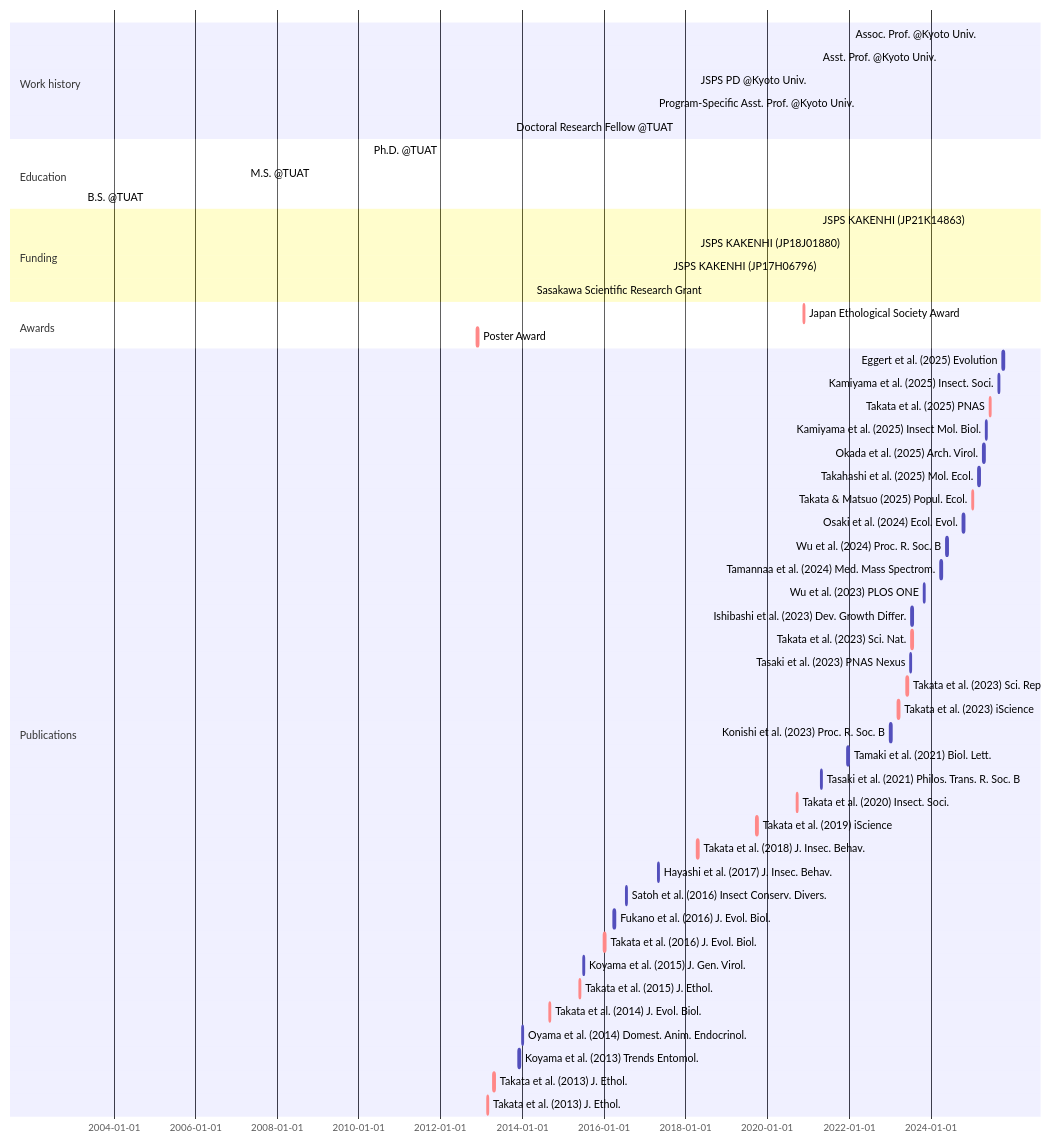
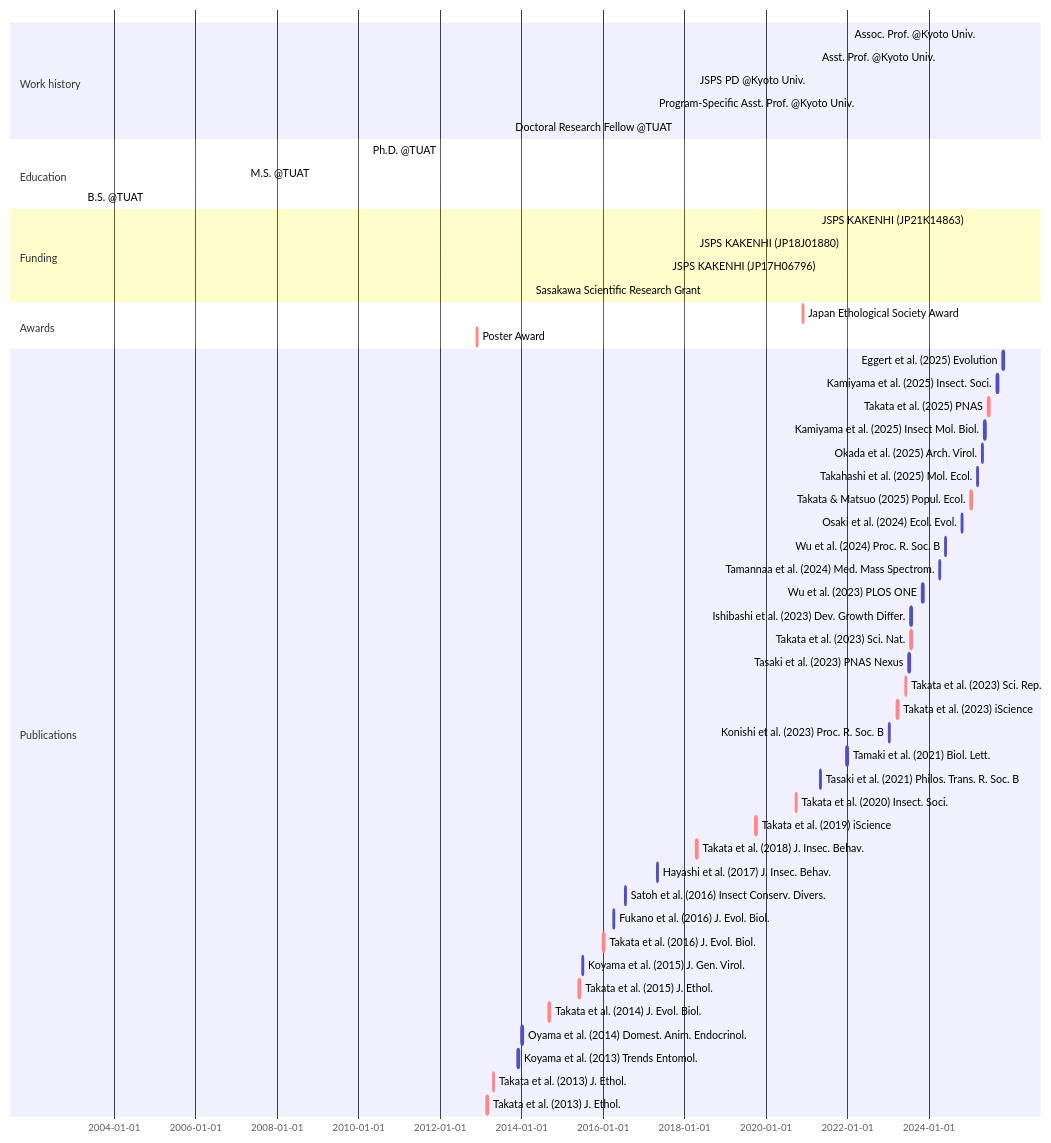
One commit to MamoruTakata/MamoruTakata.github.io changed the diagram in _includes/mermaid-cv.md. Above: the diagram before and after it, drawn with Mermaid.

````diff
--- a/_includes/mermaid-cv.md
+++ b/_includes/mermaid-cv.md
@@ -1,59 +1,59 @@
 ```mermaid
 gantt
 section Work history
   Assoc. Prof. @Kyoto Univ.                     : active, Assoc. Prof., 2025-04-01, 2030-03-31
   Asst. Prof. @Kyoto Univ.                      : active, Asst. Prof., 2021-04-01, 2025-03-31
   JSPS PD @Kyoto Univ.                          : active, PD, 2018-04-01, 2021-03-31
   Program-Specific Asst. Prof. @Kyoto Univ.     : active, Program-Specific Asst. Prof., 2017-04-01, 2018-03-31
   Doctoral Research Fellow @TUAT                : active, Program-Specific Asst. Prof., 2013-10-01, 2017-03-31
 
 section Education
   Ph.D. @TUAT    : Ph.D., 2010-04-01, 2013-09-18
   M.S. @TUAT     : M.S., 2007-04-01, 2010-03-31
   B.S. @TUAT     : B.S., 2003-04-01, 2007-03-31
 
 section Funding
   JSPS KAKENHI (JP21K14863)                     : active, grant_young, 2021-04-01, 2026-03-31
   JSPS KAKENHI (JP18J01880)                     : active, grant_PD, 2018-04-01, 2021-03-31
   JSPS KAKENHI (JP17H06796)                     : active, grant_start, 2017-08-01, 2018-03-31
   Sasakawa Scientific Research Grant            : active, grant_Sasagawa, 2014-04-01, 2015-03-31
 
 section Awards
   Japan Ethological Society Award               : crit, aw_2, 2020-11-21, 2w
   Poster Award                                  : crit, aw_1, 2012-11-24, 2w
 
 section Publications
-  Eggert et al. (2025) Evolution                :       Eggert et al. 2025, 2025-10-10, 2w
+  Eggert et al. (2025) Evolution                :       Eggert et al. 2025, 2025-10-23, 2w
   Kamiyama et al. (2025) Insect. Soci.          :       Kamiyama et al. 2025, 2025-08-31, 2w
   Takata et al. (2025) PNAS                     : crit, Takata et al. 2025, 2025-06-13, 2w
   Kamiyama et al. (2025) Insect Mol. Biol.      :       Kamiyama et al. 2025, 2025-05-11, 2w
   Okada et al. (2025) Arch. Virol.              :       Okada et al. 2025, 2025-04-16, 2w
   Takahashi et al. (2025) Mol. Ecol.            :       Takahashi et al. 2025, 2025-03-04, 2w
   Takata & Matsuo (2025) Popul. Ecol.           : crit, Takata & Matsuo 2025, 2025-01-07, 2w
   Osaki et al. (2024) Ecol. Evol.               :       Osaki et al. 2024, 2024-10-17, 2w
   Wu et al. (2024) Proc. R. Soc. B              :       Wu et al. 2024, 2024-05-22, 2w
   Tamannaa et al. (2024) Med. Mass Spectrom.    :       Tamannaa et al. 2024, 2024-04-01, 2w
   Wu et al. (2023) PLOS ONE                     :       Wu et al. 2023, 2023-11-02, 2w
   Ishibashi et al. (2023) Dev. Growth Differ.   :       Ishibashi et al. 2023, 2023-07-18, 2w
   Takata et al. (2023) Sci. Nat.                : crit, Takata et al. 2023c, 2023-07-17, 2w
   Tasaki et al. (2023) PNAS Nexus               :       Tasaki et al. 2023, 2023-07-04, 2w
-  Takata et al. (2023) Sci. Rep                 : crit, Takata et al. 2023b, 2023-05-31, 2w
+  Takata et al. (2023) Sci. Rep.                : crit, Takata et al. 2023b, 2023-05-31, 2w
   Takata et al. (2023) iScience                 : crit, Takata et al. 2023a, 2023-03-17, 2w
   Konishi et al. (2023) Proc. R. Soc. B         :       Konishi et al. 2023, 2023-01-04, 2w
   Tamaki et al. (2021) Biol. Lett.              :       Tamaki et al. 2021, 2021-12-22, 2w
   Tasaki et al. (2021) Philos. Trans. R. Soc. B :       Tasaki et al. 2021, 2021-04-26, 2w
   Takata et al. (2020) Insect. Soci.            : crit, Takata et al. 2020, 2020-09-22, 2w
   Takata et al. (2019) iScience                 : crit, Takata et al. 2019, 2019-09-27, 2w
   Takata et al. (2018) J. Insec. Behav.         : crit, Takata et al. 2018, 2018-04-14, 2w
   Hayashi et al. (2017) J. Insec. Behav.        :       Hayashi et al. 2017, 2017-04-29, 2w
   Satoh et al. (2016) Insect Conserv. Divers.   :       Satoh et al. 2016, 2016-07-16, 2w
   Fukano et al. (2016) J. Evol. Biol.           :       Fukano et al. 2016, 2016-04-01, 2w
   Takata et al. (2016) J. Evol. Biol.           : crit, Takata et al. 2016, 2016-01-01, 2w
   Koyama et al. (2015) J. Gen. Virol.           :       Koyama et al. 2015, 2015-07-01, 2w
   Takata et al. (2015) J. Ethol.                : crit, Takata et al. 2015, 2015-05-28, 2w
   Takata et al. (2014) J. Evol. Biol.           : crit, Takata et al. 2014, 2014-09-01, 2w
   Oyama et al. (2014) Domest. Anim. Endocrinol. :       Oyama et al. 2014, 2014-01-01, 2w
   Koyama et al. (2013) Trends Entomol.          :       Koyama et al. 2013, 2013-12-01, 2w
   Takata et al. (2013) J. Ethol.                : crit, Takata et al. 2015b, 2013-04-21, 2w
   Takata et al. (2013) J. Ethol.                : crit, Takata et al. 2015a, 2013-02-23, 2w
 ```
````
